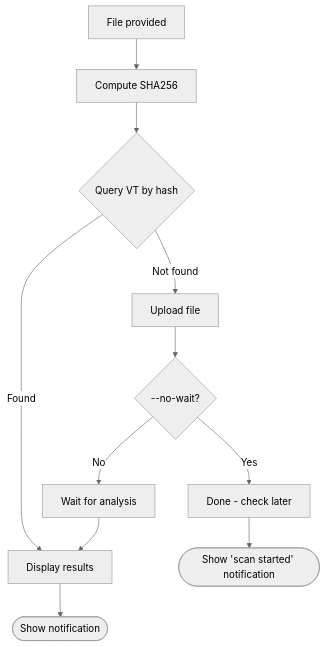
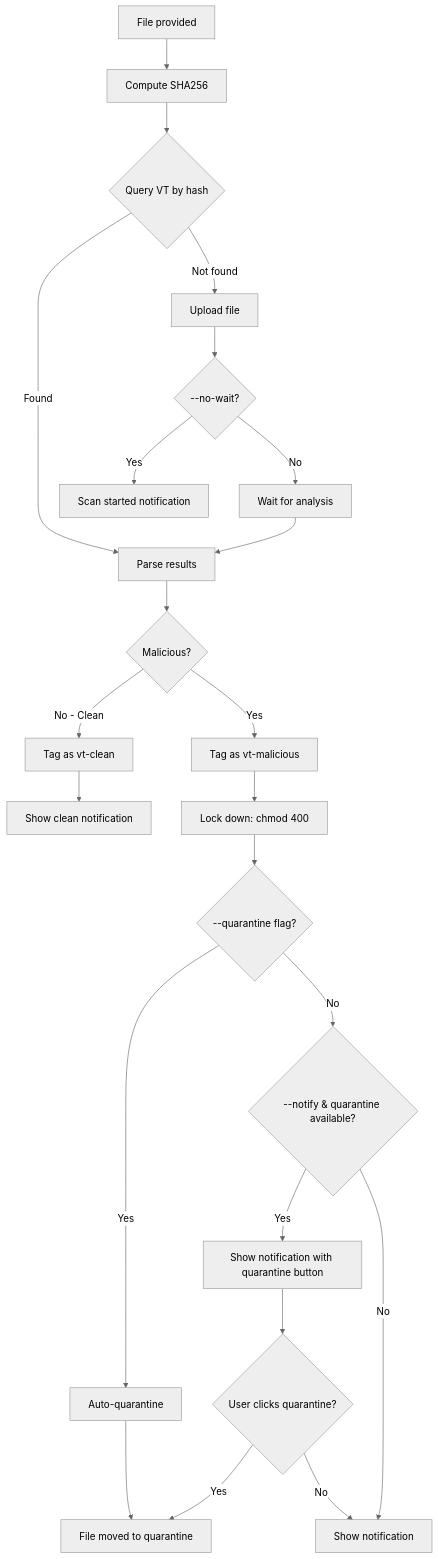
The diagram in docs/How-It-Works.md (SkyCMD-Labs/VirusTotal-ShellHelper), drawn with Mermaid (neutral theme) before and after one commit. The commit also changed other lines of this file and 9 other files, not shown here.

````diff
--- a/docs/How-It-Works.md
+++ b/docs/How-It-Works.md
@@ -7,14 +12,27 @@
 ```mermaid
 flowchart TD
     A[File provided] --> B[Compute SHA256]
     B --> C{Query VT by hash}
-    C -->|Found| D[Display results]
+    C -->|Found| D[Parse results]
     C -->|Not found| E[Upload file]
     E --> F{--no-wait?}
-    F -->|Yes| G[Done - check later]
+    F -->|Yes| G[Scan started notification]
     F -->|No| H[Wait for analysis]
     H --> D
     
-    D --> I([Show notification])
-    G --> J([Show 'scan started' notification])
+    D --> I{Malicious?}
+    I -->|No - Clean| J[Tag as vt-clean]
+    I -->|Yes| K[Tag as vt-malicious]
+    K --> L[Lock down: chmod 400]
+    L --> M{--quarantine flag?}
+    M -->|Yes| N[Auto-quarantine]
+    M -->|No| O{--notify & quarantine available?}
+    O -->|Yes| P[Show notification with quarantine button]
+    O -->|No| Q[Show notification]
+    
+    J --> R[Show clean notification]
+    N --> S[File moved to quarantine]
+    P --> T{User clicks quarantine?}
+    T -->|Yes| S
+    T -->|No| Q
 ```
````
